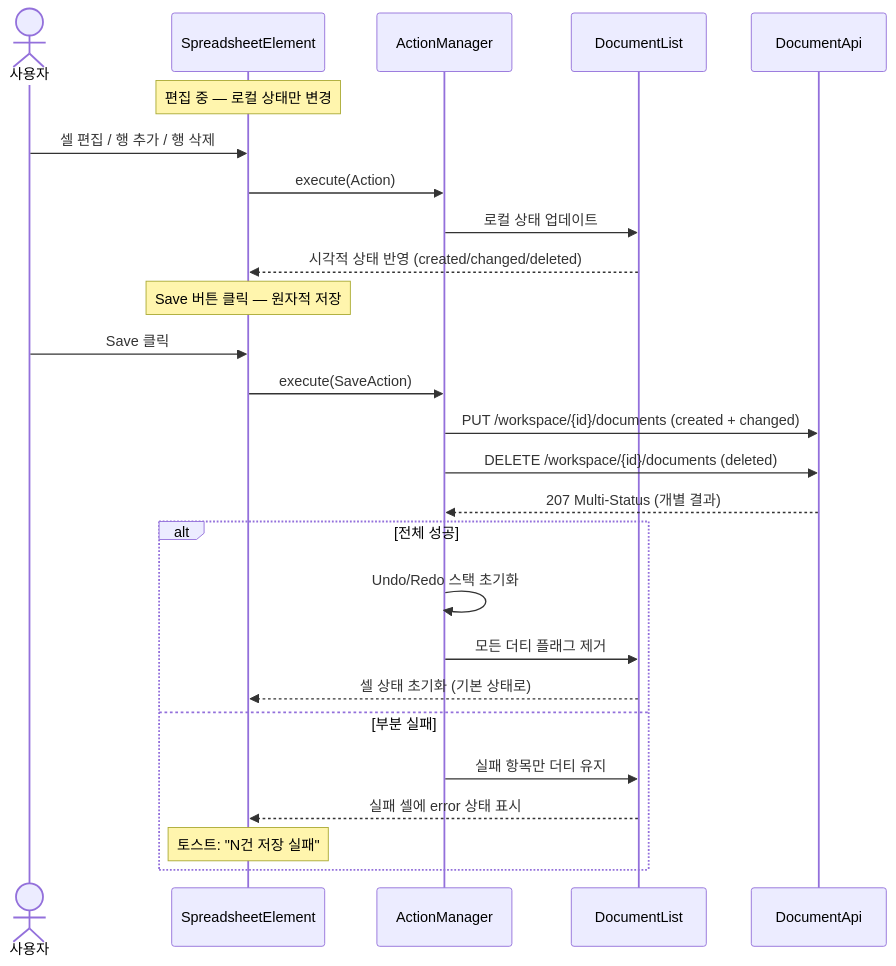
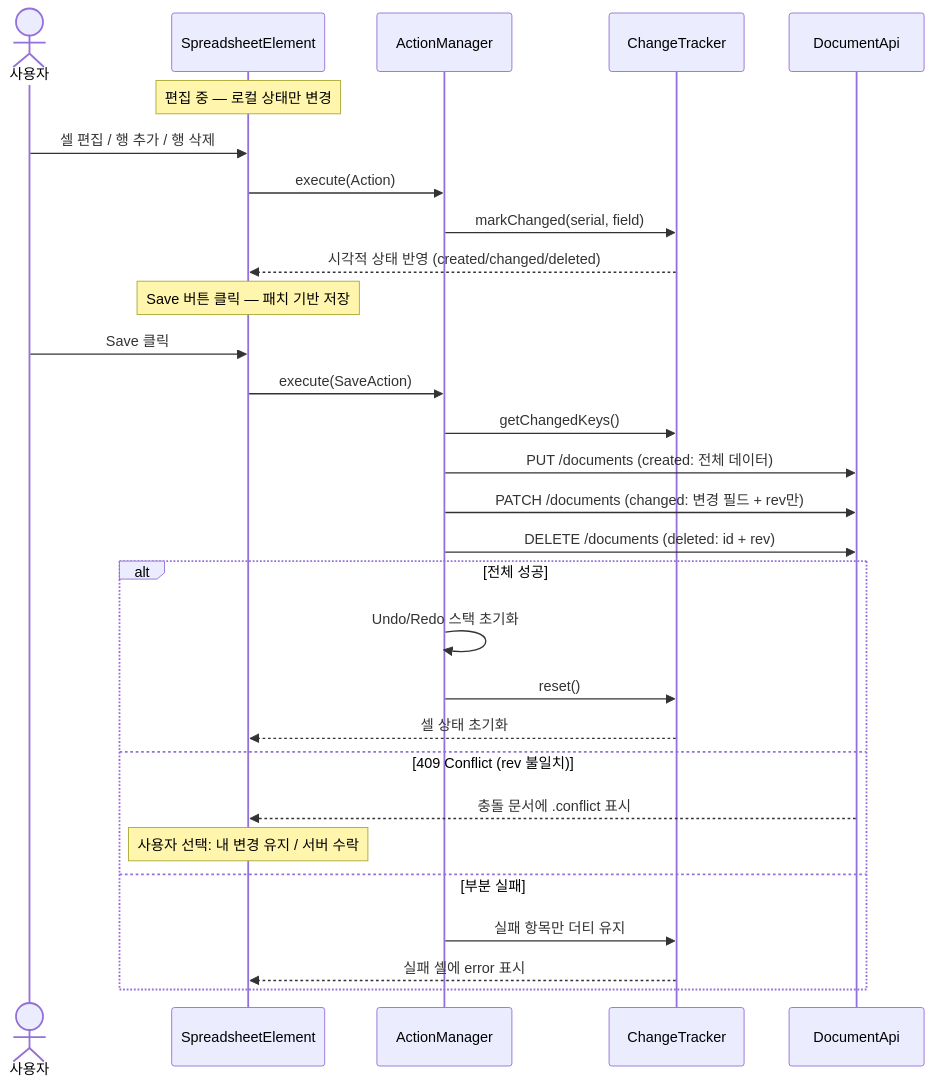
The first of 5 diagrams in document-ui/DESIGN.md (sayaya1090/handbook), drawn with Mermaid before and after one commit. The commit also changed other lines of this file and 74 other files, not shown here.

````diff
--- a/document-ui/DESIGN.md
+++ b/document-ui/DESIGN.md
@@ -73,31 +81,34 @@
 ```mermaid
 sequenceDiagram
     actor User as 사용자
     participant Sheet as SpreadsheetElement
     participant AM as ActionManager
-    participant DL as DocumentList
+    participant CT as ChangeTracker
     participant DA as DocumentApi
 
     Note over Sheet: 편집 중 — 로컬 상태만 변경
     User->>Sheet: 셀 편집 / 행 추가 / 행 삭제
     Sheet->>AM: execute(Action)
-    AM->>DL: 로컬 상태 업데이트
-    DL-->>Sheet: 시각적 상태 반영 (created/changed/deleted)
+    AM->>CT: markChanged(serial, field)
+    CT-->>Sheet: 시각적 상태 반영 (created/changed/deleted)
 
-    Note over Sheet: Save 버튼 클릭 — 원자적 저장
+    Note over Sheet: Save 버튼 클릭 — 패치 기반 저장
     User->>Sheet: Save 클릭
     Sheet->>AM: execute(SaveAction)
-    AM->>DA: PUT  /workspace/{id}/documents (created + changed)
-    AM->>DA: DELETE /workspace/{id}/documents (deleted)
-    DA-->>AM: 207 Multi-Status (개별 결과)
+    AM->>CT: getChangedKeys()
+    AM->>DA: PUT /documents (created: 전체 데이터)
+    AM->>DA: PATCH /documents (changed: 변경 필드 + rev만)
+    AM->>DA: DELETE /documents (deleted: id + rev)
     
     alt 전체 성공
         AM->>AM: Undo/Redo 스택 초기화
-        AM->>DL: 모든 더티 플래그 제거
-        DL-->>Sheet: 셀 상태 초기화 (기본 상태로)
+        AM->>CT: reset()
+        CT-->>Sheet: 셀 상태 초기화
+    else 409 Conflict (rev 불일치)
+        DA-->>Sheet: 충돌 문서에 .conflict 표시
+        Note over Sheet: 사용자 선택: 내 변경 유지 / 서버 수락
     else 부분 실패
-        AM->>DL: 실패 항목만 더티 유지
-        DL-->>Sheet: 실패 셀에 error 상태 표시
-        Note over Sheet: 토스트: "N건 저장 실패"
+        AM->>CT: 실패 항목만 더티 유지
+        CT-->>Sheet: 실패 셀에 error 표시
     end
 ```
````
